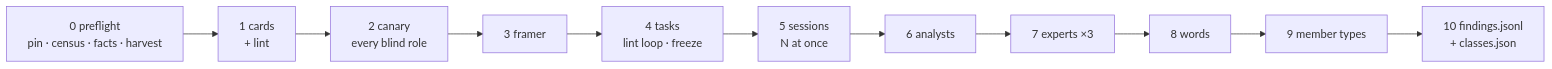
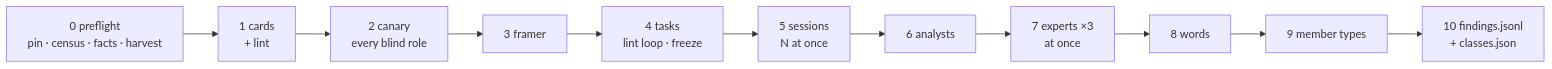
Before and after one commit to ejclark/skynet-capital: the second of 2 diagrams in docs/members/study/README.md, drawn with Mermaid. The commit also changed other lines of this file and 9 other files, not shown here.

First line of the commit message:
feat(study): the experts review at once, and every sealed call keeps what it cost (#5127)

````diff
--- a/docs/members/study/README.md
+++ b/docs/members/study/README.md
@@ -286,6 +286,6 @@
 ```mermaid
 flowchart LR
   P["0 preflight<br/>pin · census · facts · harvest"] --> C["1 cards<br/>+ lint"] --> K["2 canary<br/>every blind role"]
   K --> F["3 framer"] --> T["4 tasks<br/>lint loop · freeze"] --> S["5 sessions<br/>N at once"]
-  S --> A["6 analysts"] --> E["7 experts ×3"] --> W["8 words"] --> M["9 member types"] --> X["10 findings.jsonl<br/>+ classes.json"]
+  S --> A["6 analysts"] --> E["7 experts ×3<br/>at once"] --> W["8 words"] --> M["9 member types"] --> X["10 findings.jsonl<br/>+ classes.json"]
 ```
````
